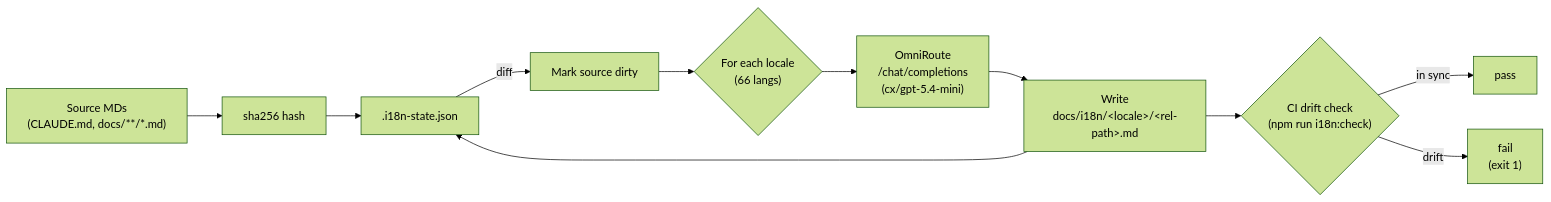
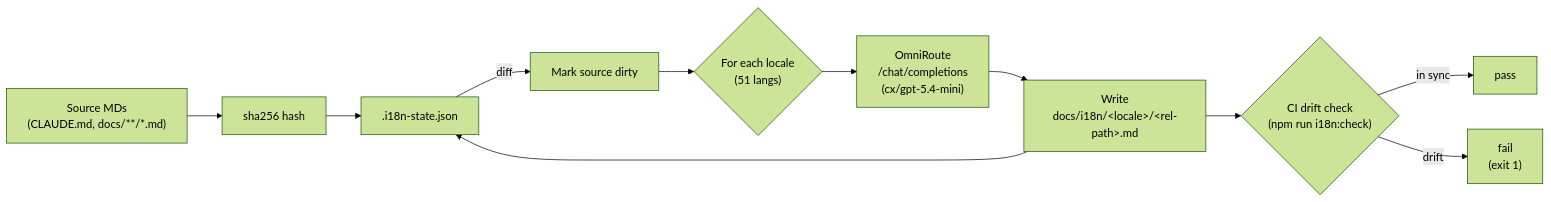
Before and after one commit to niyatna/NiyatnaRoute: the diagram in docs/diagrams/i18n-flow.mmd, drawn with Mermaid (forest theme). The commit also changed 2447 other files, not shown here.

```diff
--- a/docs/diagrams/i18n-flow.mmd
+++ b/docs/diagrams/i18n-flow.mmd
@@ -1,14 +1,14 @@
 %% Incremental hash-based i18n pipeline
 %% Reflects: scripts/i18n/* and docs/i18n/<locale>/*.md mirror layout
 %% v3.8.0
 flowchart LR
   Src["Source MDs<br/>(CLAUDE.md, docs/**/*.md)"] --> Hash["sha256 hash"]
   Hash --> State[".i18n-state.json"]
   State -->|diff| Dirty["Mark source dirty"]
-  Dirty --> Loop{"For each locale<br/>(66 langs)"}
+  Dirty --> Loop{"For each locale<br/>(51 langs)"}
   Loop --> LLM["OmniRoute<br/>/chat/completions<br/>(cx/gpt-5.4-mini)"]
   LLM --> Target["Write<br/>docs/i18n/&lt;locale&gt;/&lt;rel-path&gt;.md"]
   Target --> State
   Target --> CI{"CI drift check<br/>(npm run i18n:check)"}
   CI -->|in sync| Pass["pass"]
   CI -->|drift| Fail["fail<br/>(exit 1)"]
```
